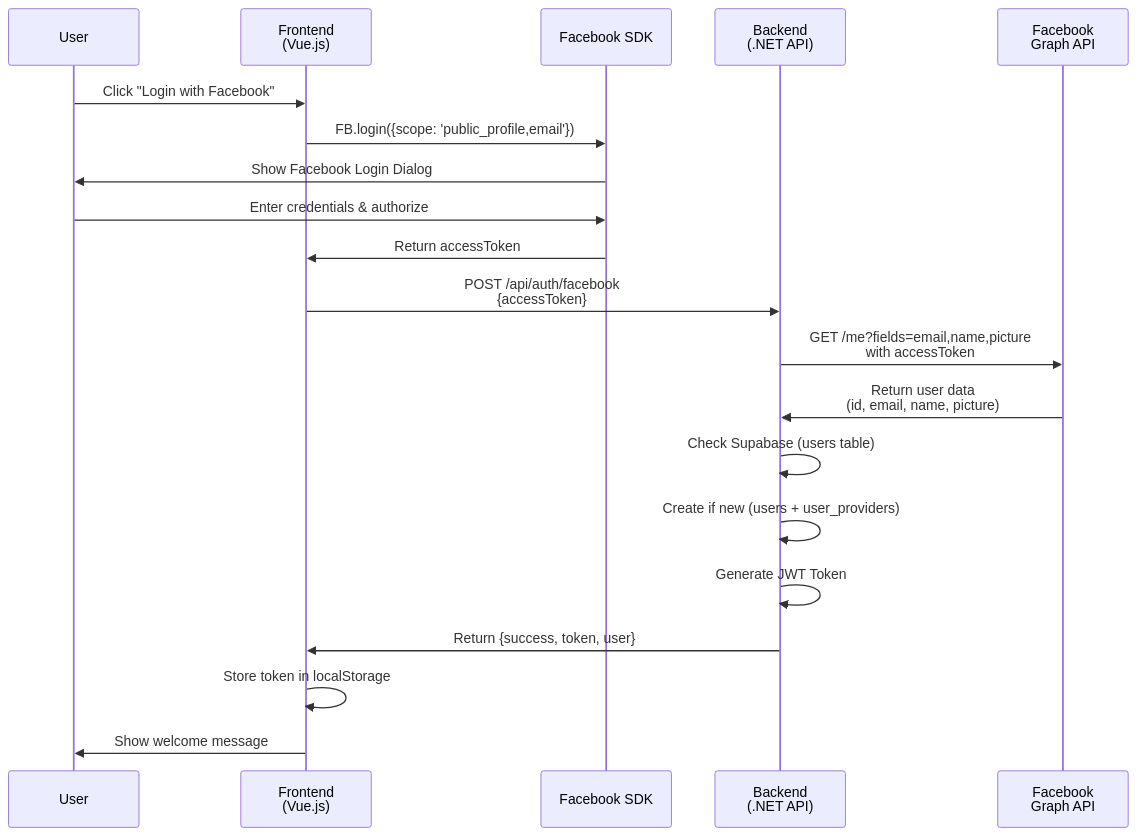
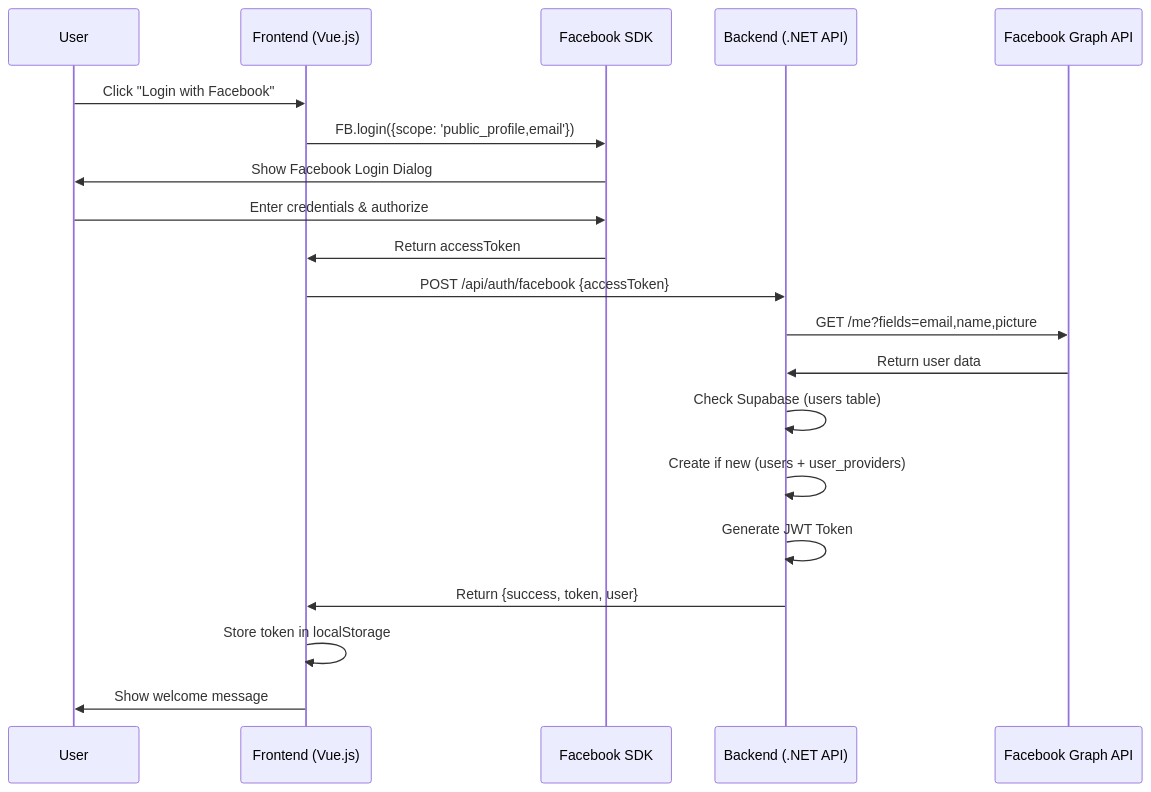
The first of 2 diagrams in README.md (MethawiPhokhai/IncomeApp), drawn with Mermaid before and after one commit. The commit also changed other lines of this file and 1 other file, not shown here.

````diff
--- a/README.md
+++ b/README.md
@@ -89,27 +193,27 @@
 ```mermaid
 sequenceDiagram
     participant User
-    participant Frontend as Frontend<br/>(Vue.js)
+    participant Frontend as Frontend (Vue.js)
     participant FB as Facebook SDK
-    participant Backend as Backend<br/>(.NET API)
-    participant FBGraph as Facebook<br/>Graph API
+    participant Backend as Backend (.NET API)
+    participant FBGraph as Facebook Graph API
 
     User->>Frontend: Click "Login with Facebook"
     Frontend->>FB: FB.login({scope: 'public_profile,email'})
     FB->>User: Show Facebook Login Dialog
     User->>FB: Enter credentials & authorize
     FB->>Frontend: Return accessToken
-    
-    Frontend->>Backend: POST /api/auth/facebook<br/>{accessToken}
-    
-    Backend->>FBGraph: GET /me?fields=email,name,picture<br/>with accessToken
-    FBGraph->>Backend: Return user data<br/>(id, email, name, picture)
-    
+
+    Frontend->>Backend: POST /api/auth/facebook {accessToken}
+
+    Backend->>FBGraph: GET /me?fields=email,name,picture
+    FBGraph->>Backend: Return user data
+
     Backend->>Backend: Check Supabase (users table)
     Backend->>Backend: Create if new (users + user_providers)
     Backend->>Backend: Generate JWT Token
-    
+
     Backend->>Frontend: Return {success, token, user}
     Frontend->>Frontend: Store token in localStorage
     Frontend->>User: Show welcome message
 ```
````
